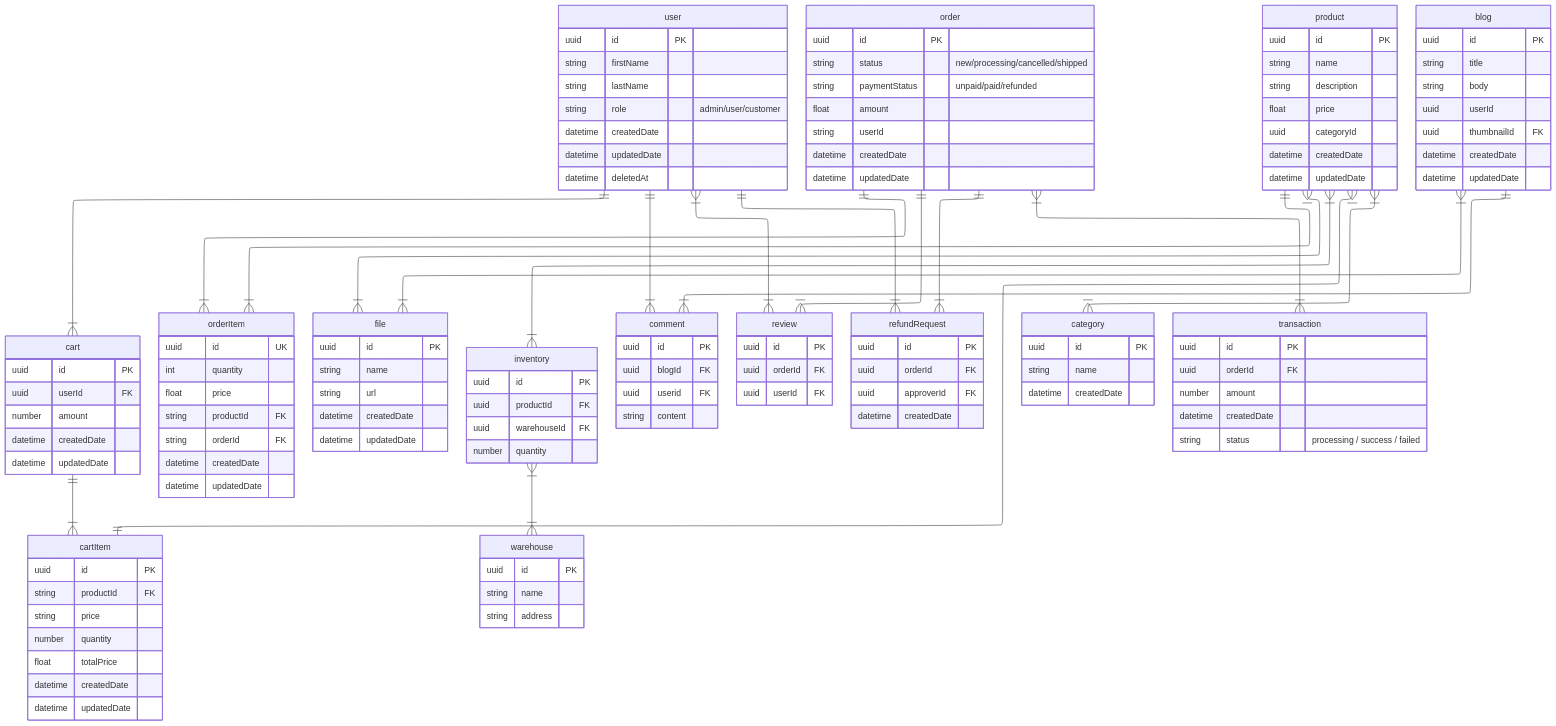
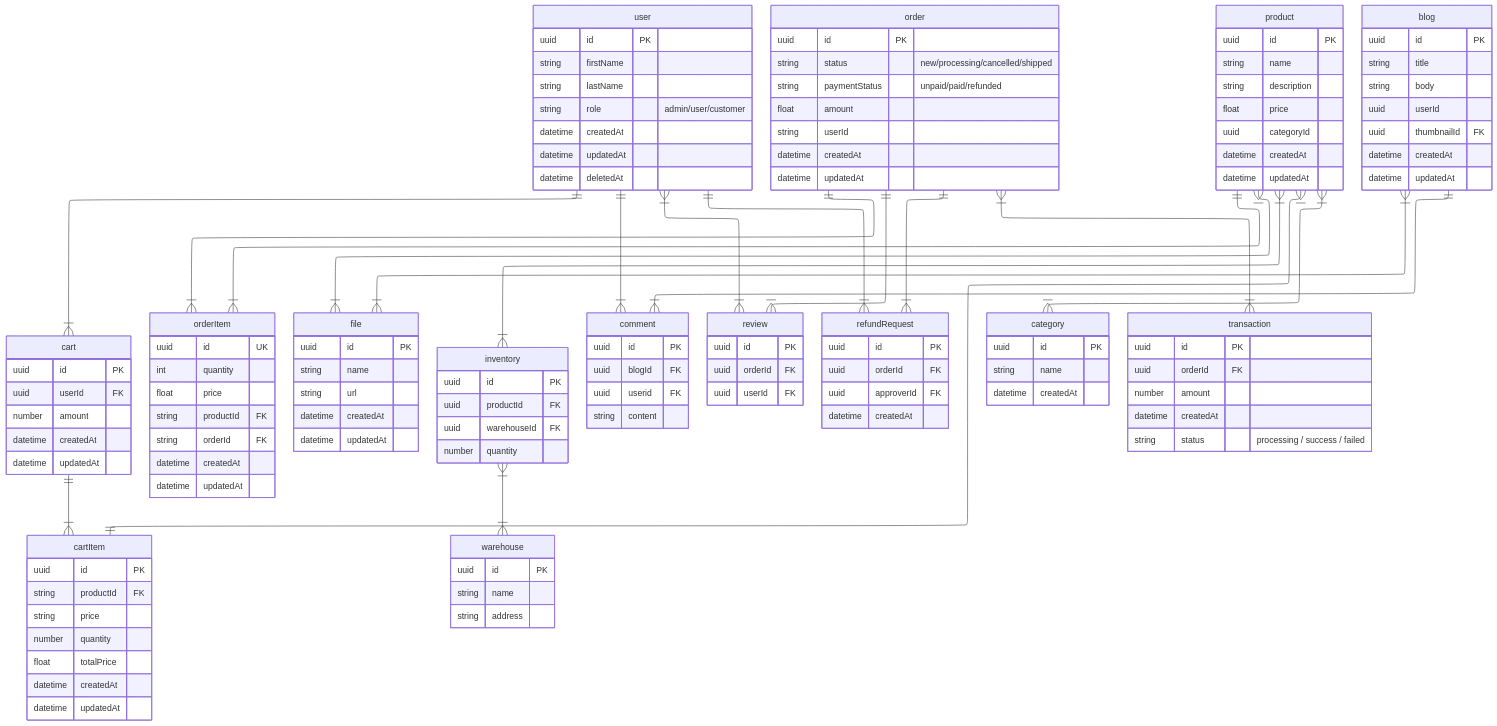
One commit to quochuydev/x-app-v1 changed the diagram in docs/ecommerce/erd.md. Above: the diagram before and after it, drawn with Mermaid. The commit also changed 10 other files, not shown here.

```diff
--- a/docs/ecommerce/erd.md
+++ b/docs/ecommerce/erd.md
@@ -10,8 +10,8 @@
 		string firstName  ""
 		string lastName  ""
 		string role  "admin/user/customer"
-		datetime createdDate  ""
-		datetime updatedDate  ""
+		datetime createdAt  ""
+		datetime updatedAt  ""
 		datetime deletedAt  ""
 	}
 	cartItem {
@@ -20,15 +20,15 @@
 		string price  ""
 		number quantity  ""
 		float totalPrice  ""
-		datetime createdDate  ""
-		datetime updatedDate  ""
+		datetime createdAt  ""
+		datetime updatedAt  ""
 	}
 	cart {
 		uuid id PK ""
 		uuid userId FK ""
 		number amount  ""
-		datetime createdDate  ""
-		datetime updatedDate  ""
+		datetime createdAt  ""
+		datetime updatedAt  ""
 	}
 	orderItem {
 		uuid id UK ""
@@ -36,15 +36,15 @@
 		float price  ""
 		string productId FK ""
 		string orderId FK ""
-		datetime createdDate  ""
-		datetime updatedDate  ""
+		datetime createdAt  ""
+		datetime updatedAt  ""
 	}
 	file {
 		uuid id PK ""
 		string name  ""
 		string url  ""
-		datetime createdDate  ""
-		datetime updatedDate  ""
+		datetime createdAt  ""
+		datetime updatedAt  ""
 	}
 	order {
 		uuid id PK ""
@@ -52,8 +52,8 @@
 		string paymentStatus  "unpaid/paid/refunded"
 		float amount  ""
 		string userId  ""
-		datetime createdDate  ""
-		datetime updatedDate  ""
+		datetime createdAt  ""
+		datetime updatedAt  ""
 	}
 	inventory {
 		uuid id PK ""
@@ -81,12 +81,12 @@
 		uuid id PK ""
 		uuid orderId FK ""
 		uuid approverId FK ""
-		datetime createdDate  ""
+		datetime createdAt  ""
 	}
 	category {
 		uuid id PK ""
 		string name  ""
-		datetime createdDate  ""
+		datetime createdAt  ""
 	}
 	product {
 		uuid id PK ""
@@ -94,14 +94,14 @@
 		string description  ""
 		float price  ""
 		uuid categoryId  ""
-		datetime createdDate  ""
-		datetime updatedDate  ""
+		datetime createdAt  ""
+		datetime updatedAt  ""
 	}
 	transaction {
 		uuid id PK ""
 		uuid orderId FK ""
 		number amount  ""
-		datetime createdDate  ""
+		datetime createdAt  ""
 		string status  "processing / success / failed"
 	}
 	blog {
@@ -110,8 +110,8 @@
 		string body  ""
 		uuid userId  ""
 		uuid thumbnailId FK ""
-		datetime createdDate  ""
-		datetime updatedDate  ""
+		datetime createdAt  ""
+		datetime updatedAt  ""
 	}
 
 	order||--|{orderItem:"  "
```
